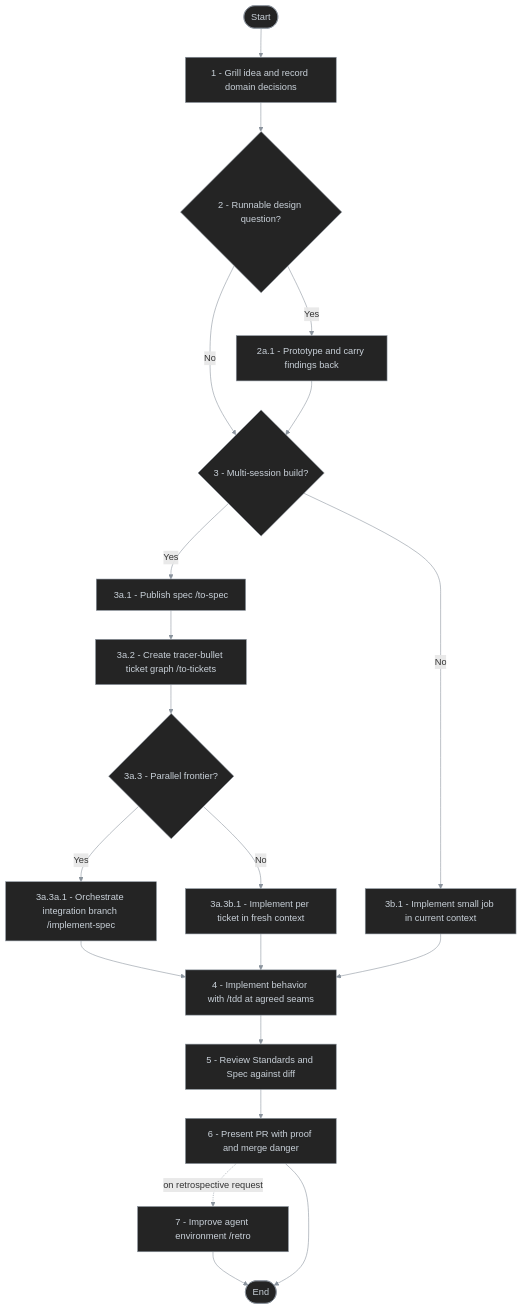
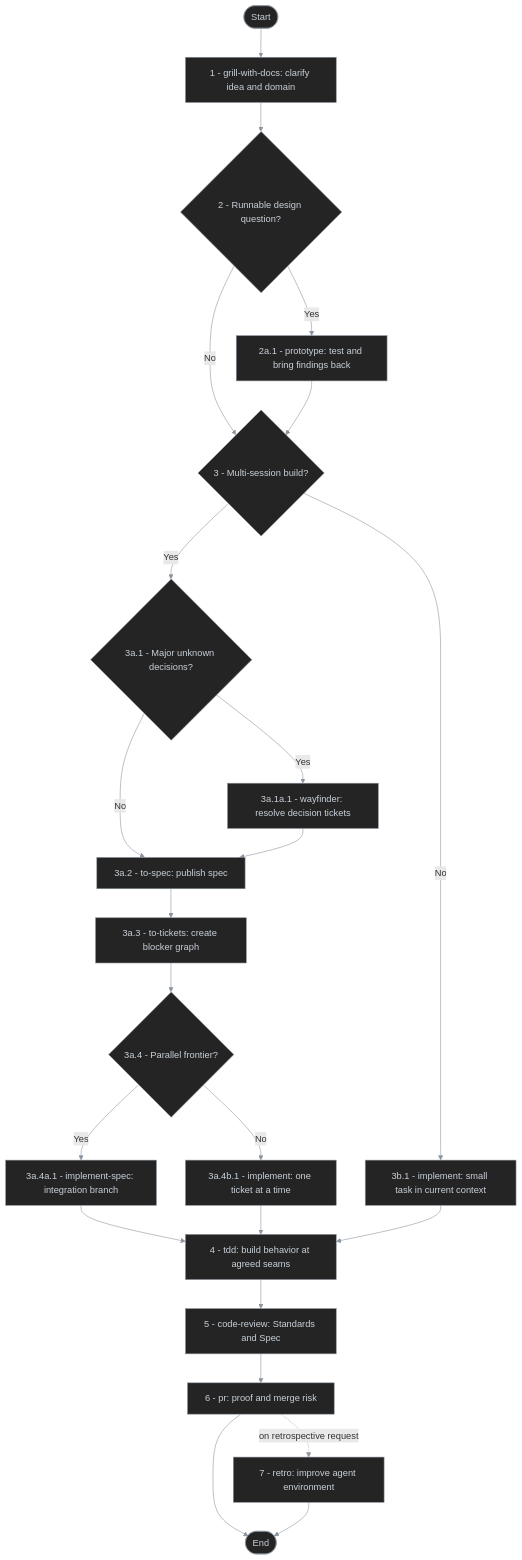
One commit to antshc/brain changed the second of 3 diagrams in docs/research/feature-development-lifecycles-2026-11-01.md. Above: the diagram before and after it, drawn with Mermaid. The commit also changed other lines of this file, not shown here.

Commit message:
docs(research): label lifecycle flowcharts with skill names

````diff
--- a/docs/research/feature-development-lifecycles-2026-11-01.md
+++ b/docs/research/feature-development-lifecycles-2026-11-01.md
@@ -86,34 +91,37 @@
 ```mermaid
 %%{init: {'themeVariables': {'lineColor': '#8b949e'}}}%%
 %% diagram-id: matt-feature-development-flow
 flowchart TD
     start(["Start"])
-    grill["1 - Grill idea and record domain decisions"]
+    grill["1 - grill-with-docs: clarify idea and domain"]
     empirical{"2 - Runnable design question?"}
-    prototype["2a.1 - Prototype and carry findings back"]
+    prototype["2a.1 - prototype: test and bring findings back"]
     size{"3 - Multi-session build?"}
-    spec["3a.1 - Publish spec /to-spec"]
-    tickets["3a.2 - Create tracer-bullet ticket graph /to-tickets"]
-    strategy{"3a.3 - Parallel frontier?"}
-    parallel["3a.3a.1 - Orchestrate integration branch /implement-spec"]
-    sequential["3a.3b.1 - Implement per ticket in fresh context"]
-    direct["3b.1 - Implement small job in current context"]
-    implement["4 - Implement behavior with /tdd at agreed seams"]
-    review["5 - Review Standards and Spec against diff"]
-    pr["6 - Present PR with proof and merge danger"]
-    retro["7 - Improve agent environment /retro"]
+    fog{"3a.1 - Major unknown decisions?"}
+    wayfinder["3a.1a.1 - wayfinder: resolve decision tickets"]
+    spec["3a.2 - to-spec: publish spec"]
+    tickets["3a.3 - to-tickets: create blocker graph"]
+    strategy{"3a.4 - Parallel frontier?"}
+    parallel["3a.4a.1 - implement-spec: integration branch"]
+    sequential["3a.4b.1 - implement: one ticket at a time"]
+    direct["3b.1 - implement: small task in current context"]
+    implement["4 - tdd: build behavior at agreed seams"]
+    review["5 - code-review: Standards and Spec"]
+    pr["6 - pr: proof and merge risk"]
+    retro["7 - retro: improve agent environment"]
     done(["End"])
 
     start --> grill --> empirical
     empirical -- No --> size
-    size -- Yes --> spec --> tickets --> strategy
+    size -- Yes --> fog
+    fog -- No --> spec --> tickets --> strategy
     strategy -- Yes --> parallel --> implement
-    implement --> review --> pr
-    pr -. "on retrospective request" .-> retro --> done
-    pr --> done
+    implement --> review --> pr --> done
     empirical -- Yes --> prototype --> size
+    fog -- Yes --> wayfinder --> spec
     size -- No --> direct --> implement
     strategy -- No --> sequential --> implement
+    pr -. "on retrospective request" .-> retro --> done
 
     classDef default fill:#242424,stroke:#8b949e,color:#c9d1d9,stroke-width:1px
 ```
````
